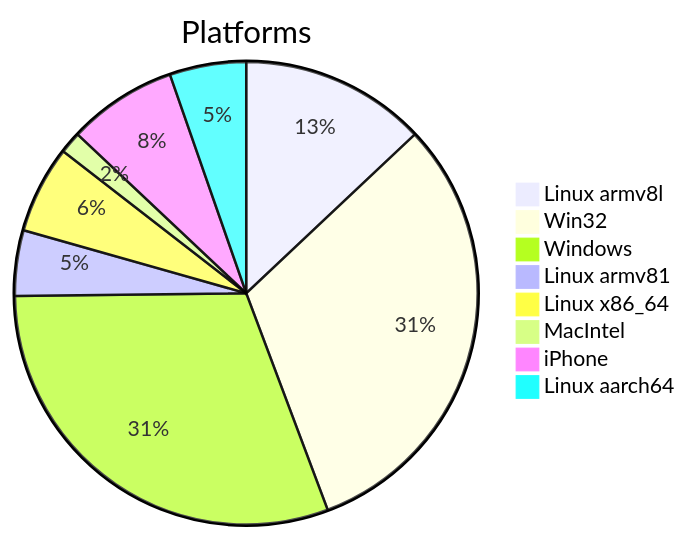
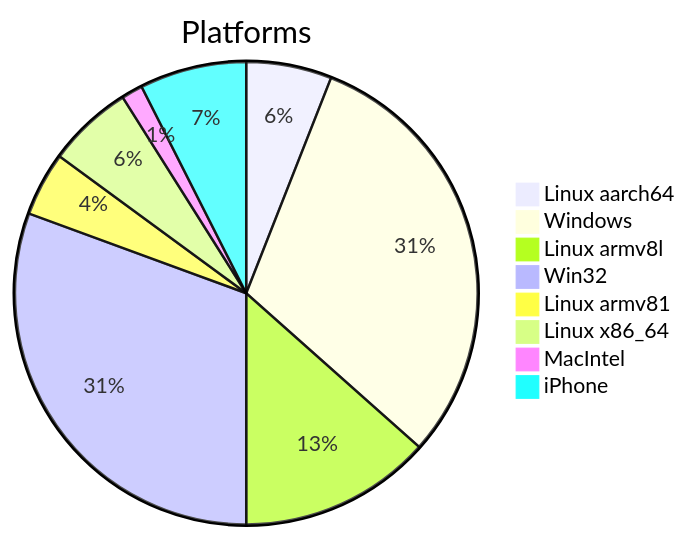
Before and after one commit to Krugou/socials: the first of 2 diagrams in DATA_REPORT.md, drawn with Mermaid. The commit also changed other lines of this file and 2 other files, not shown here.

````diff
--- a/DATA_REPORT.md
+++ b/DATA_REPORT.md
@@ -9,11 +9,11 @@
 ```mermaid
 pie title Platforms
-    "Linux armv8l" : 17
+    "Linux aarch64" : 8
+    "Windows" : 41
+    "Linux armv8l" : 18
     "Win32" : 41
-    "Windows" : 40
     "Linux armv81" : 6
     "Linux x86_64" : 8
     "MacIntel" : 2
     "iPhone" : 10
-    "Linux aarch64" : 7
 ```
````
